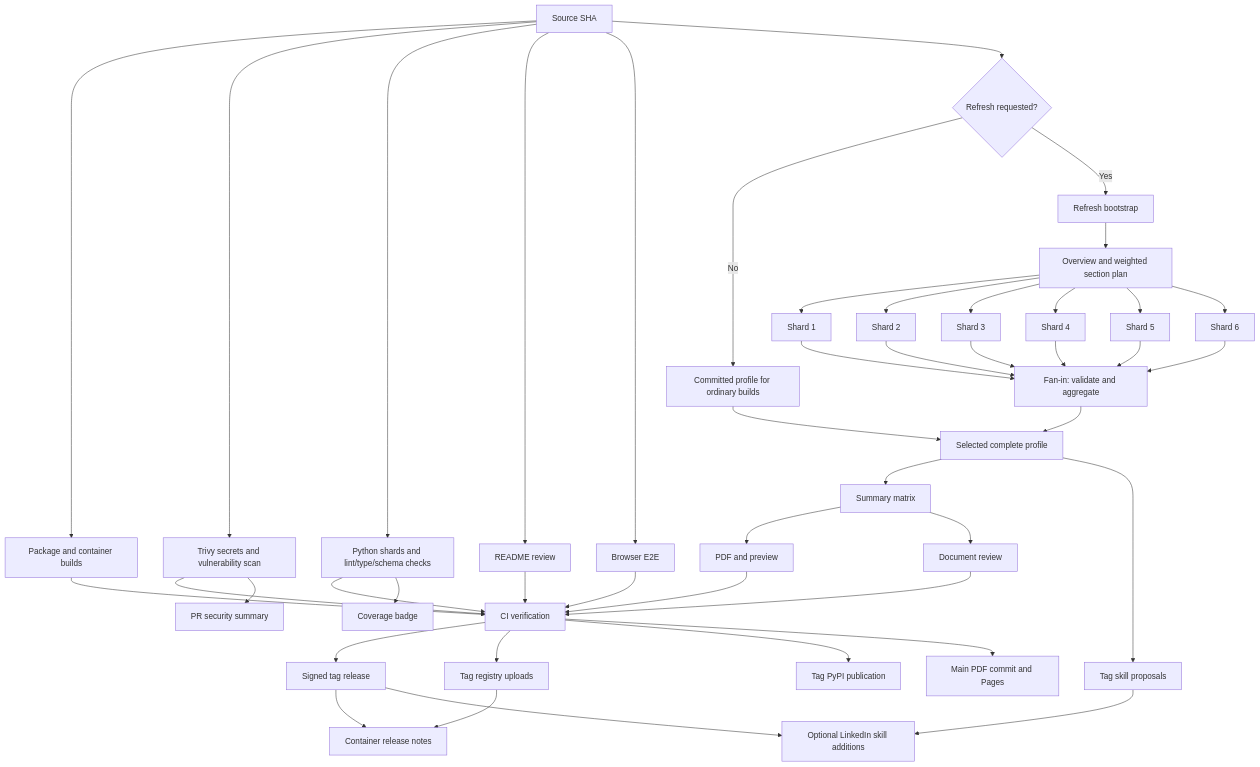
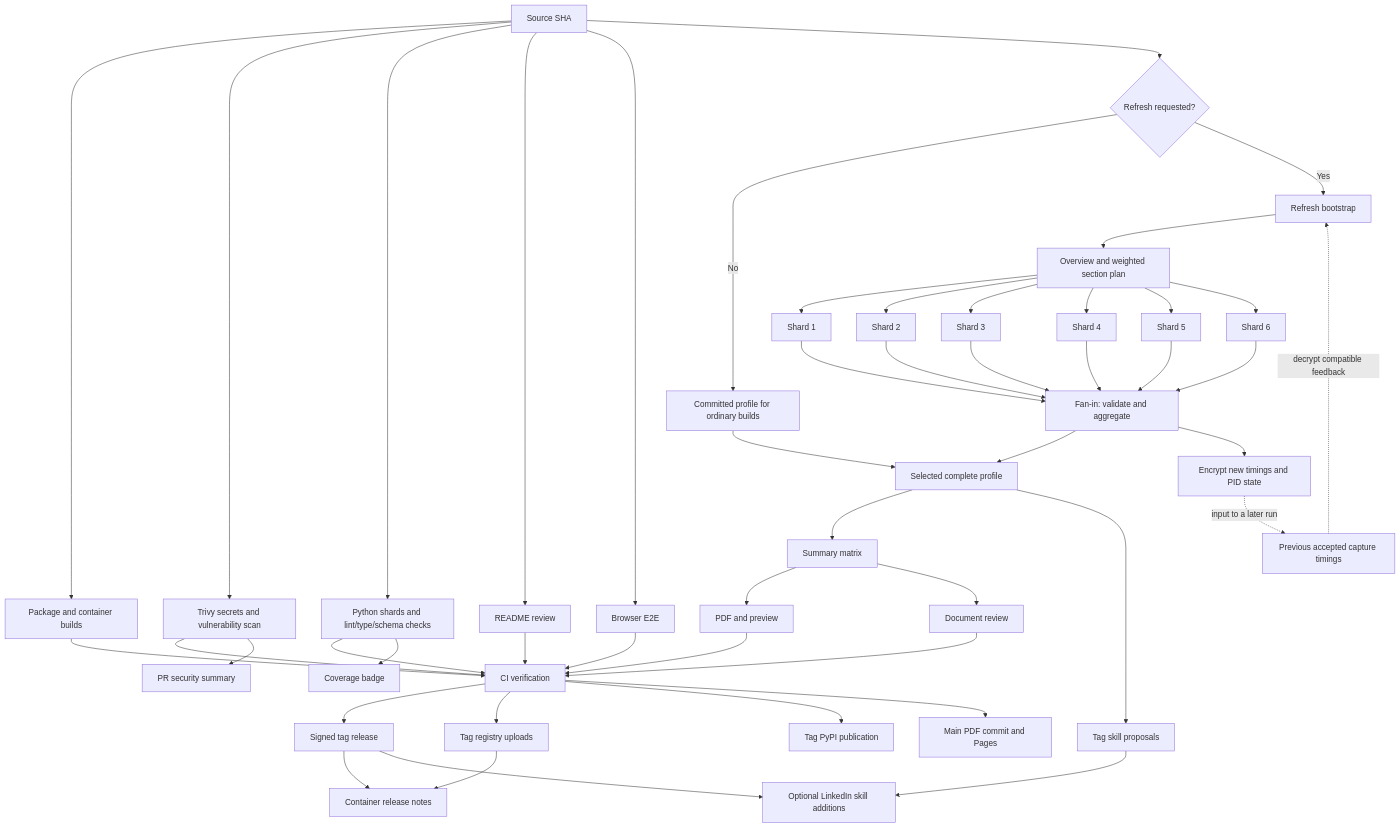
Before and after one commit to astrivant/resume: the diagram in docs/automation.md, drawn with Mermaid. The commit also changed other lines of this file and 132 other files, not shown here.

````diff
--- a/docs/automation.md
+++ b/docs/automation.md
@@ -113,47 +104,50 @@
 ```mermaid
 flowchart TD
     source[Source SHA] --> builds[Package and container builds]
     source --> trivy[Trivy secrets and vulnerability scan]
     source --> tests[Python shards and lint/type/schema checks]
     source --> readme[README review]
     source --> browsers[Browser E2E]
     source --> refresh{Refresh requested?}
     refresh -->|No| stored[Committed profile for ordinary builds]
     refresh -->|Yes| bootstrap[Refresh bootstrap]
+    history[Previous accepted capture timings] -. decrypt compatible feedback .-> bootstrap
     bootstrap --> plan[Overview and weighted section plan]
     plan --> shard1[Shard 1]
     plan --> shard2[Shard 2]
     plan --> shard3[Shard 3]
     plan --> shard4[Shard 4]
     plan --> shard5[Shard 5]
     plan --> shard6[Shard 6]
     shard1 --> aggregate[Fan-in: validate and aggregate]
     shard2 --> aggregate
     shard3 --> aggregate
     shard4 --> aggregate
     shard5 --> aggregate
     shard6 --> aggregate
     stored --> profile[Selected complete profile]
     aggregate --> profile
+    aggregate --> feedback[Encrypt new timings and PID state]
+    feedback -. input to a later run .-> history
     profile --> summaries[Summary matrix]
     profile --> skills[Tag skill proposals]
     summaries --> pdf[PDF and preview]
     summaries --> review[Document review]
     builds --> gate[CI verification]
     trivy --> gate
     trivy --> comment[PR security summary]
     tests --> gate
     tests --> coverage[Coverage badge]
     readme --> gate
     browsers --> gate
     pdf --> gate
     review --> gate
     gate --> release[Signed tag release]
     gate --> registries[Tag registry uploads]
     gate --> pypi[Tag PyPI publication]
     gate --> main[Main PDF commit and Pages]
     release --> notes[Container release notes]
     registries --> notes
     release --> publishskills[Optional LinkedIn skill additions]
     skills --> publishskills
 ```
````
